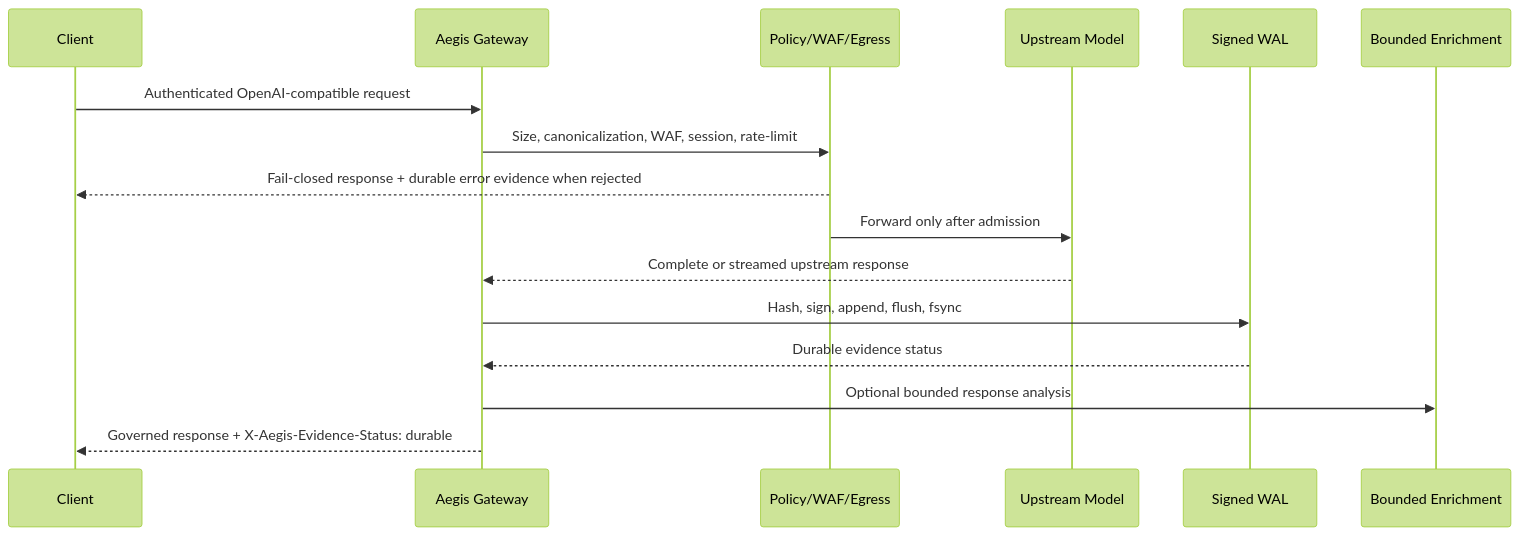
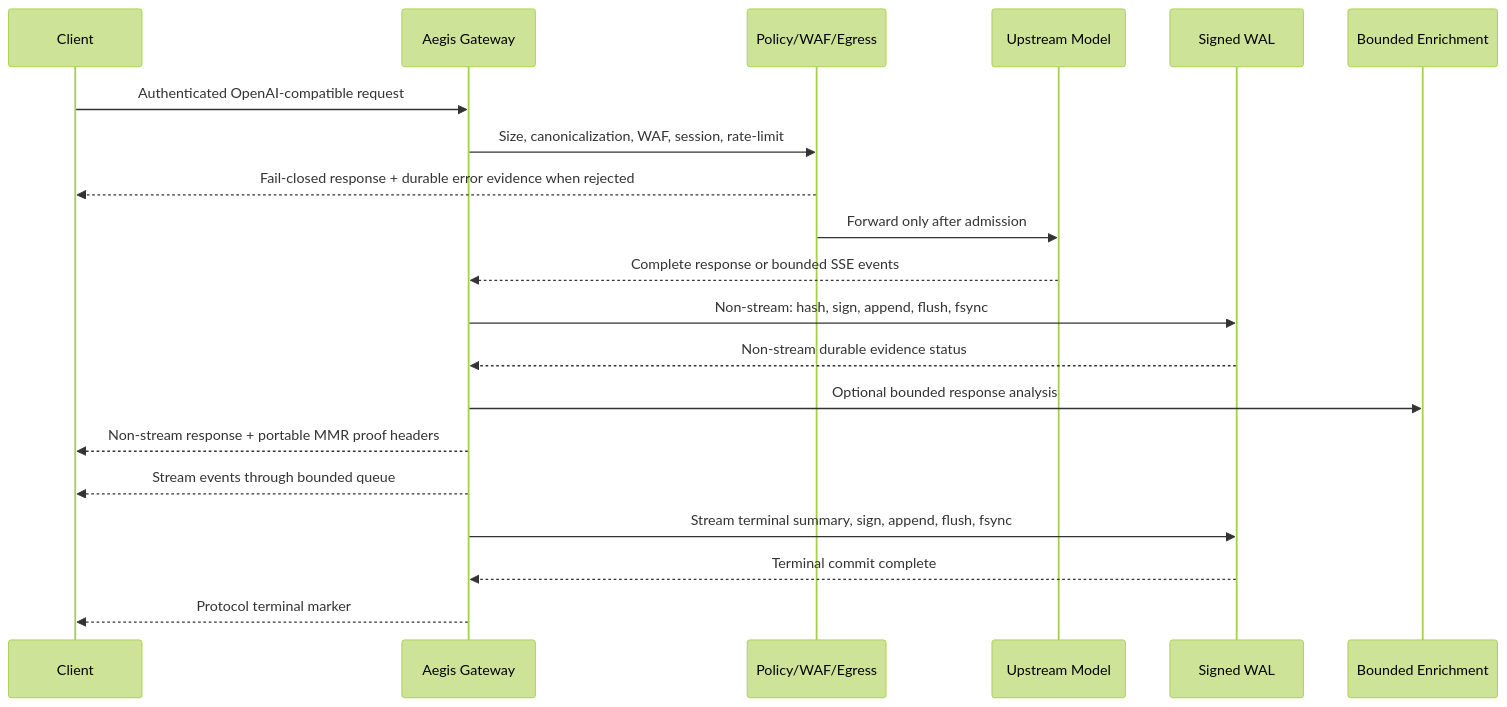
One commit to block-stacker/aegis-latent-core changed the diagram in README.md. Above: the diagram before and after it, drawn with Mermaid (forest theme). The commit also changed other lines of this file and 104 other files, not shown here.

````diff
--- a/README.md
+++ b/README.md
@@ -29,19 +29,23 @@
 ```mermaid
 sequenceDiagram
     participant C as Client
     participant A as Aegis Gateway
     participant W as Policy/WAF/Egress
     participant U as Upstream Model
     participant L as Signed WAL
     participant Q as Bounded Enrichment
 
     C->>A: Authenticated OpenAI-compatible request
     A->>W: Size, canonicalization, WAF, session, rate-limit
     W-->>C: Fail-closed response + durable error evidence when rejected
     W->>U: Forward only after admission
-    U-->>A: Complete or streamed upstream response
-    A->>L: Hash, sign, append, flush, fsync
-    L-->>A: Durable evidence status
+    U-->>A: Complete response or bounded SSE events
+    A->>L: Non-stream: hash, sign, append, flush, fsync
+    L-->>A: Non-stream durable evidence status
     A->>Q: Optional bounded response analysis
-    A-->>C: Governed response + X-Aegis-Evidence-Status: durable
+    A-->>C: Non-stream response + portable MMR proof headers
+    A-->>C: Stream events through bounded queue
+    A->>L: Stream terminal summary, sign, append, flush, fsync
+    L-->>A: Terminal commit complete
+    A-->>C: Protocol terminal marker
 ```
````
